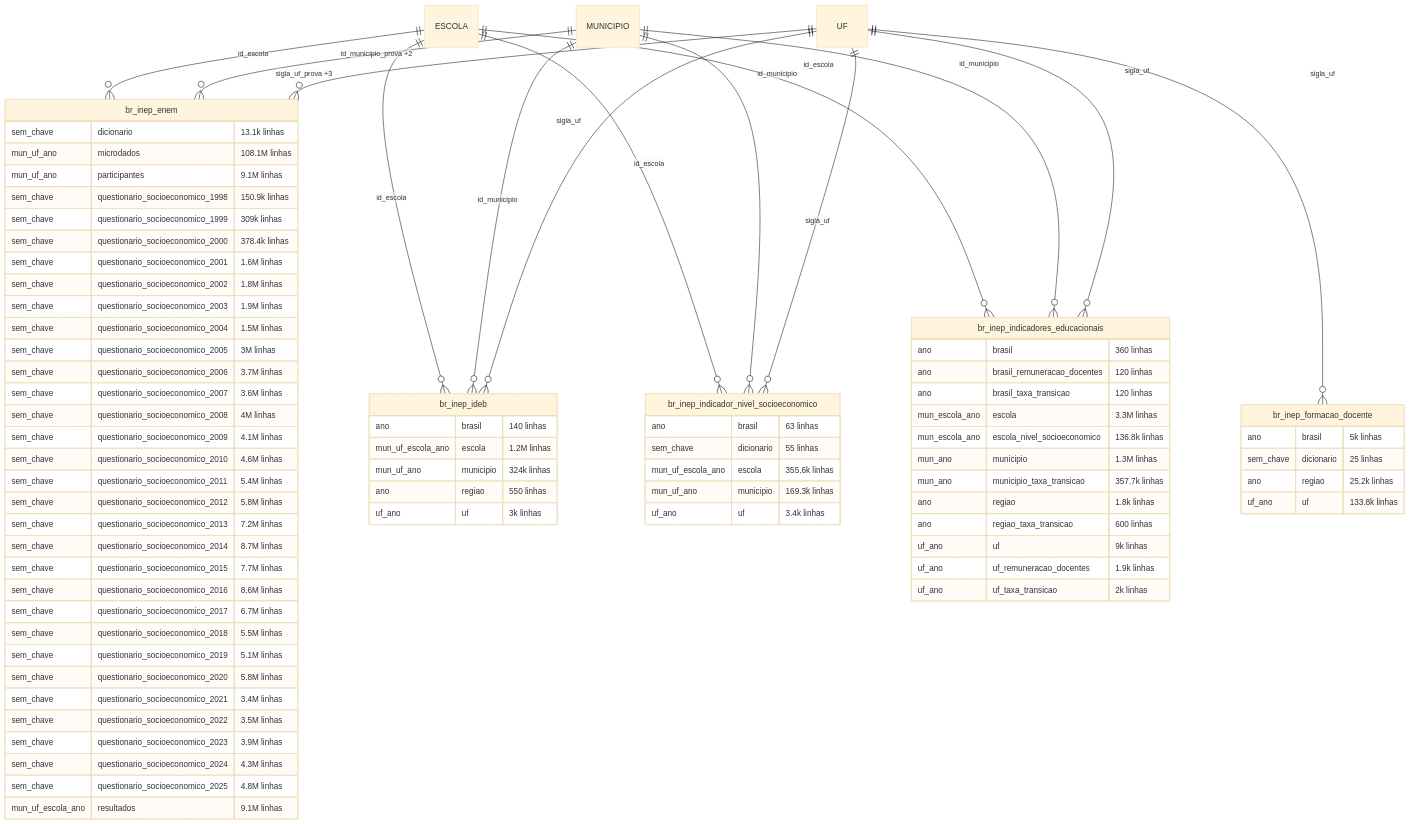
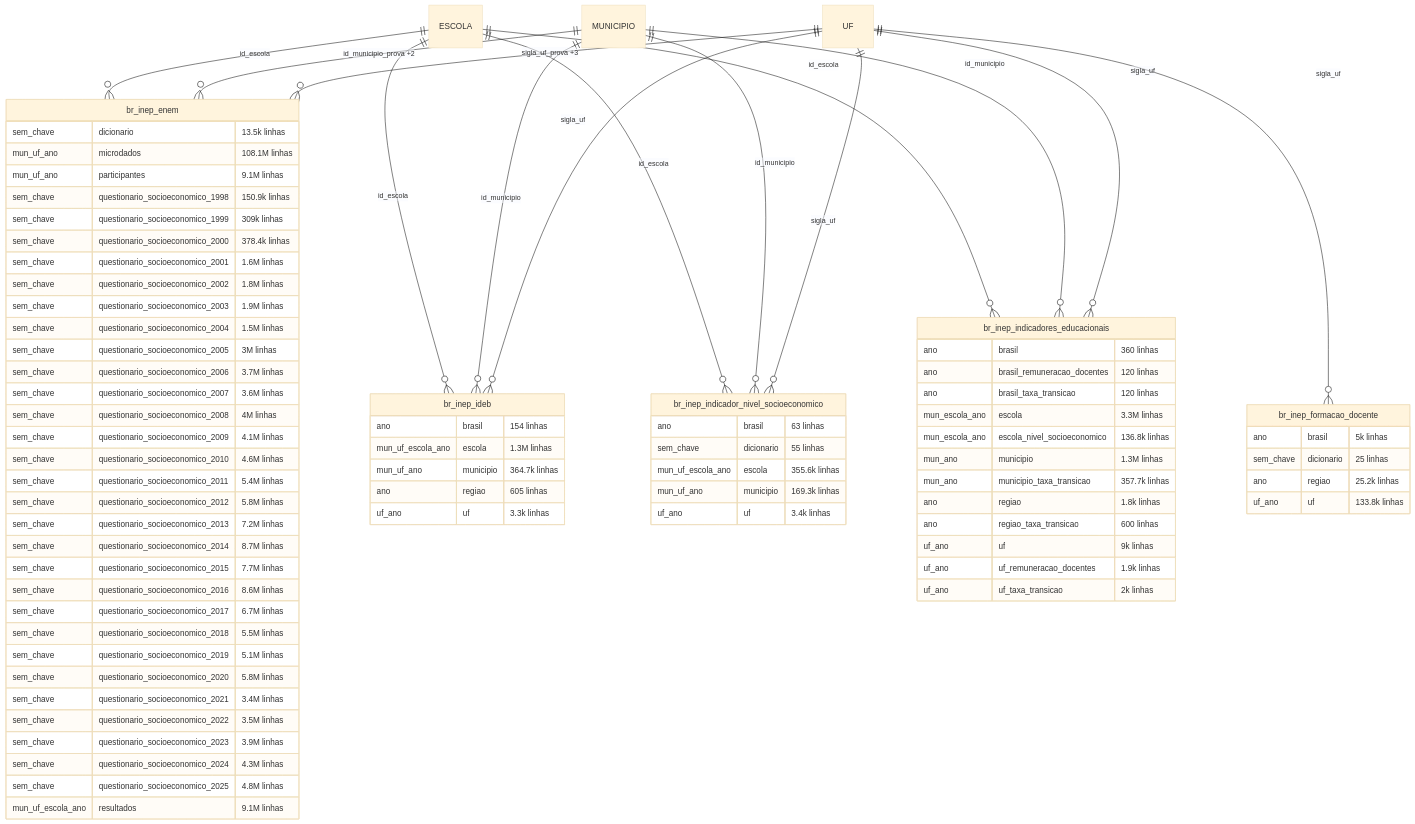
Before and after one commit to rafapolo/rodado: the seventh of 30 diagrams in docs/mapa/ERD.md, drawn with Mermaid (base theme). The commit also changed other lines of this file and 7 other files, not shown here.

```diff
--- a/docs/mapa/ERD.md
+++ b/docs/mapa/ERD.md
@@ -548,7 +563,7 @@
     MUNICIPIO ||--o{ br_inep_indicadores_educacionais : "id_municipio"
     UF ||--o{ br_inep_indicadores_educacionais : "sigla_uf"
     br_inep_enem {
-        sem_chave dicionario "13.1k linhas"
+        sem_chave dicionario "13.5k linhas"
         mun_uf_ano microdados "108.1M linhas"
         mun_uf_ano participantes "9.1M linhas"
         sem_chave questionario_socioeconomico_1998 "150.9k linhas"
@@ -588,11 +603,11 @@
         uf_ano uf "133.8k linhas"
     }
     br_inep_ideb {
-        ano brasil "140 linhas"
-        mun_uf_escola_ano escola "1.2M linhas"
-        mun_uf_ano municipio "324k linhas"
-        ano regiao "550 linhas"
-        uf_ano uf "3k linhas"
+        ano brasil "154 linhas"
+        mun_uf_escola_ano escola "1.3M linhas"
+        mun_uf_ano municipio "364.7k linhas"
+        ano regiao "605 linhas"
+        uf_ano uf "3.3k linhas"
     }
     br_inep_indicador_nivel_socioeconomico {
         ano brasil "63 linhas"
```
